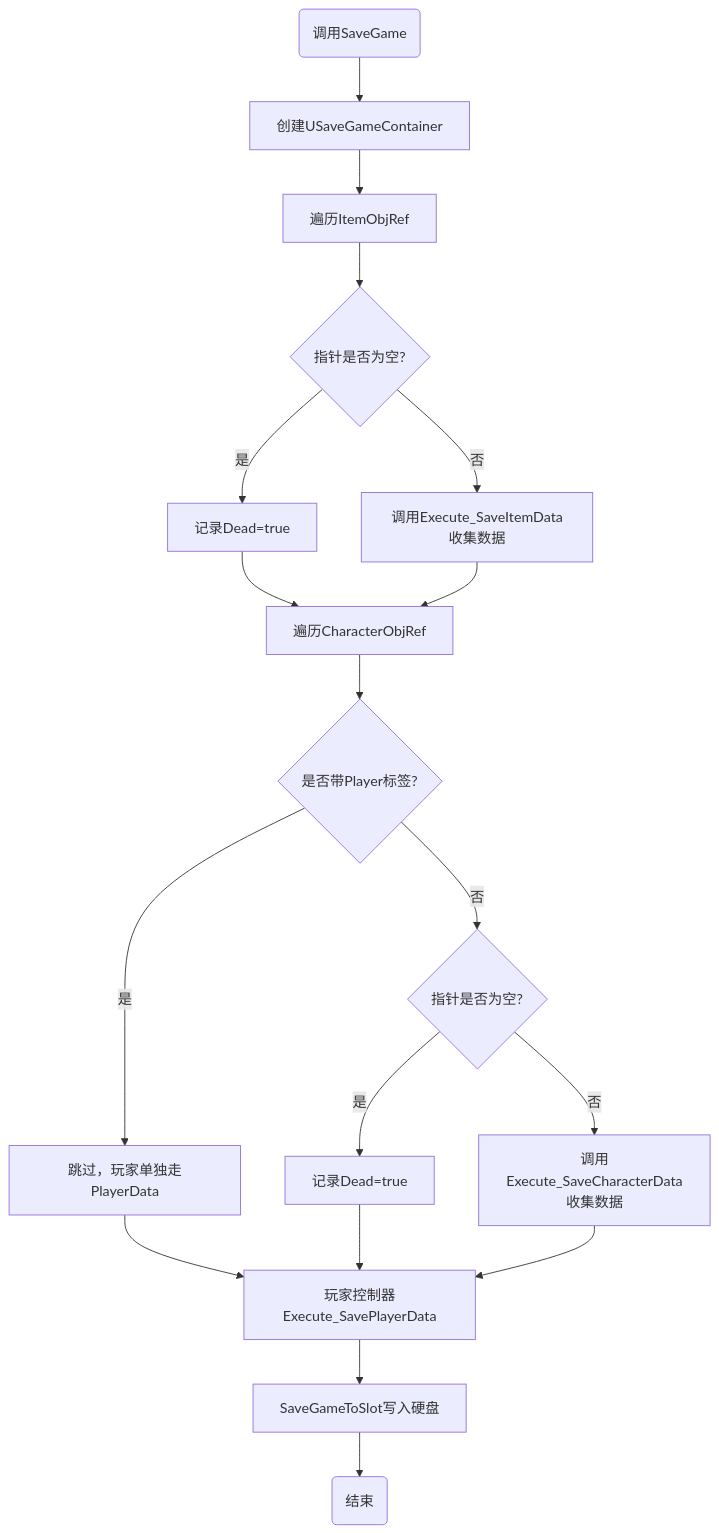
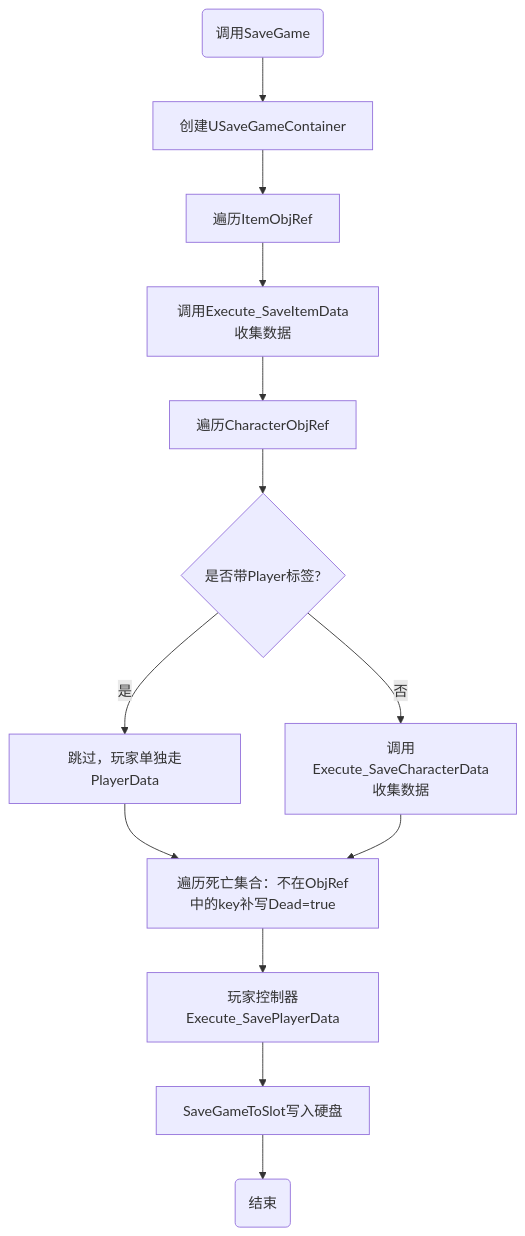
The fourth of 5 diagrams in Document/存档系统.md (getyo/ARPG_Learn), drawn with Mermaid before and after one commit. The commit also changed other lines of this file and 5 other files, not shown here.

````diff
--- a/Document/存档系统.md
+++ b/Document/存档系统.md
@@ -150,20 +173,15 @@
 ```mermaid
 flowchart
 Start(调用SaveGame)-->New[创建USaveGameContainer]
 New-->Items[遍历ItemObjRef]
-Items-->ItemsNull{指针是否为空?}
-ItemsNull--是-->ItemsDead[记录Dead=true]
-ItemsNull--否-->ItemsSave[调用Execute_SaveItemData收集数据]
-ItemsDead-->Chars
+Items-->ItemsSave[调用Execute_SaveItemData收集数据]
 ItemsSave-->Chars[遍历CharacterObjRef]
 Chars-->IsPlayer{是否带Player标签?}
 IsPlayer--是-->Skip[跳过，玩家单独走PlayerData]
-IsPlayer--否-->CharsNull{指针是否为空?}
-CharsNull--是-->CharsDead[记录Dead=true]
-CharsNull--否-->CharsSave[调用Execute_SaveCharacterData收集数据]
-Skip-->Player
-CharsDead-->Player
-CharsSave-->Player[玩家控制器Execute_SavePlayerData]
+IsPlayer--否-->CharsSave[调用Execute_SaveCharacterData收集数据]
+Skip-->DeadSet
+CharsSave-->DeadSet[遍历死亡集合：不在ObjRef中的key补写Dead=true]
+DeadSet-->Player[玩家控制器Execute_SavePlayerData]
 Player-->Write[SaveGameToSlot写入硬盘]
 Write-->End(结束)
 ```
````
